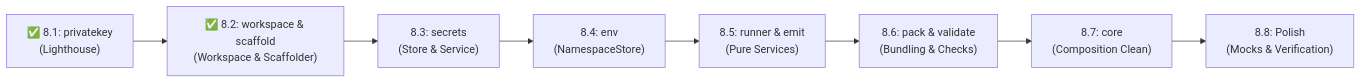
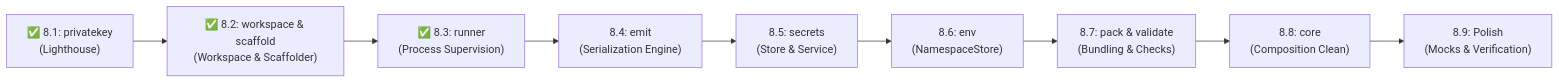
Before and after one commit to go-envx/envx: the second of 2 diagrams in .plans/20260924-di-refactor.md, drawn with Mermaid. The commit also changed other lines of this file and 12 other files, not shown here.

First line of the commit message:
refactor(runner): inject process execution service (#132)

````diff
--- a/.plans/20260924-di-refactor.md
+++ b/.plans/20260924-di-refactor.md
@@ -1163,10 +1172,11 @@
 ```mermaid
 flowchart LR
     Sub81["✅ 8.1: privatekey<br/>(Lighthouse)"] --> Sub82["✅ 8.2: workspace & scaffold<br/>(Workspace & Scaffolder)"]
-    Sub82 --> Sub83["8.3: secrets<br/>(Store & Service)"]
-    Sub83 --> Sub84["8.4: env<br/>(NamespaceStore)"]
-    Sub84 --> Sub85["8.5: runner & emit<br/>(Pure Services)"]
-    Sub85 --> Sub86["8.6: pack & validate<br/>(Bundling & Checks)"]
-    Sub86 --> Sub87["8.7: core<br/>(Composition Clean)"]
-    Sub87 --> Sub88["8.8: Polish<br/>(Mocks & Verification)"]
+    Sub82 --> Sub83["✅ 8.3: runner<br/>(Process Supervision)"]
+    Sub83 --> Sub84["8.4: emit<br/>(Serialization Engine)"]
+    Sub84 --> Sub85["8.5: secrets<br/>(Store & Service)"]
+    Sub85 --> Sub86["8.6: env<br/>(NamespaceStore)"]
+    Sub86 --> Sub87["8.7: pack & validate<br/>(Bundling & Checks)"]
+    Sub87 --> Sub88["8.8: core<br/>(Composition Clean)"]
+    Sub88 --> Sub89["8.9: Polish<br/>(Mocks & Verification)"]
 ```
````
